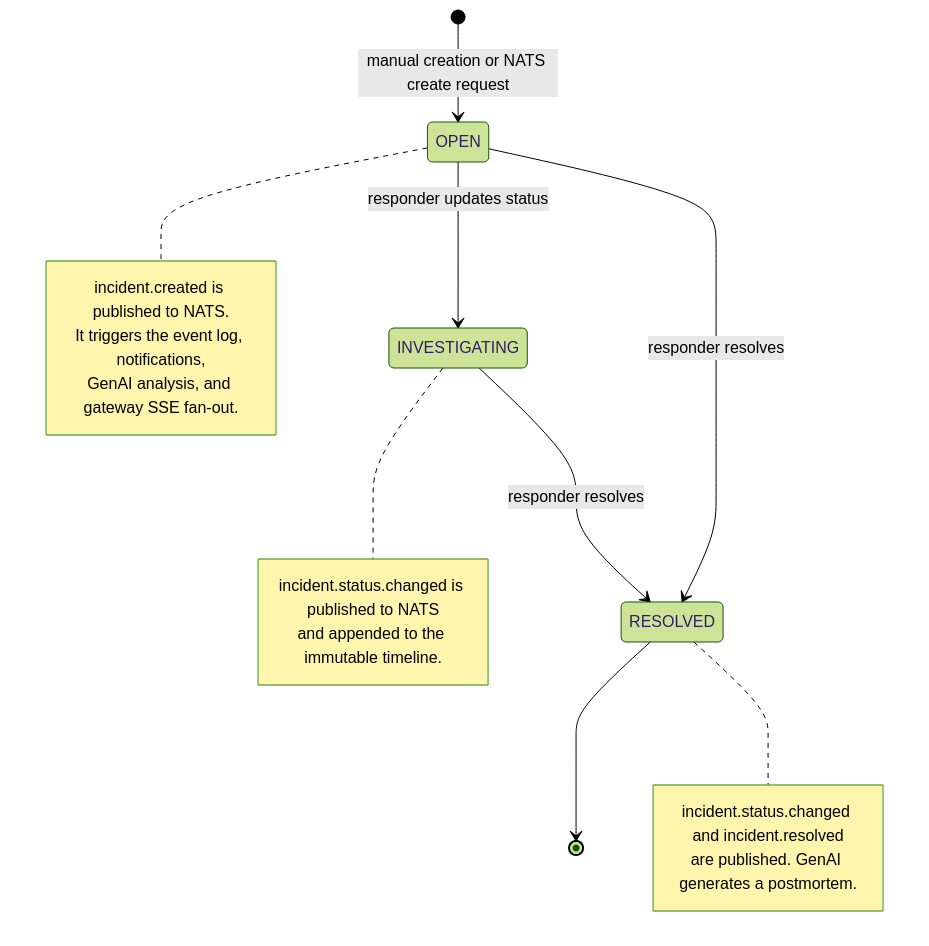
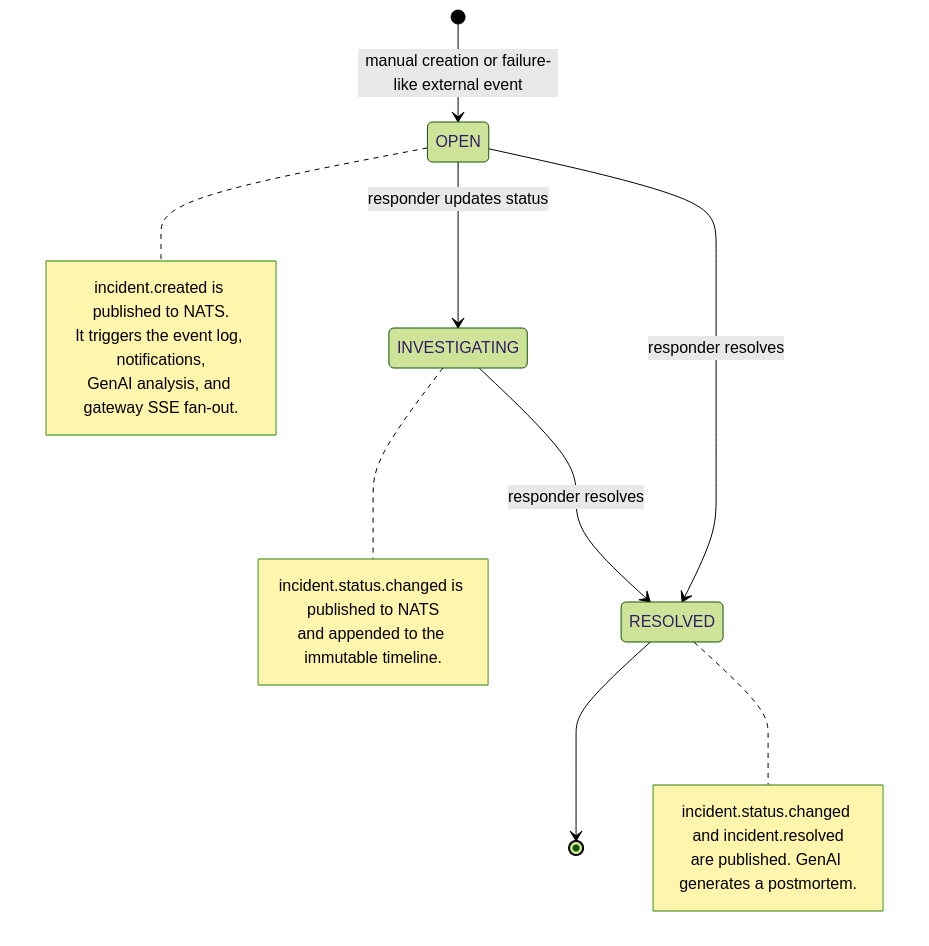
The diagram in docs/deliverables/2026-05-08-uml-diagrams/state_diagram.md (AET-DevOps26/team-panic-at-the-console), drawn with Mermaid (forest theme) before and after one commit. The commit also changed other lines of this file and 12 other files, not shown here.

````diff
--- a/docs/deliverables/2026-05-08-uml-diagrams/state_diagram.md
+++ b/docs/deliverables/2026-05-08-uml-diagrams/state_diagram.md
@@ -3,25 +3,25 @@
 ```mermaid
 stateDiagram-v2
-    [*] --> OPEN: manual creation or NATS create request
+    [*] --> OPEN: manual creation or failure-like external event
 
     OPEN --> INVESTIGATING: responder updates status
     OPEN --> RESOLVED: responder resolves
     INVESTIGATING --> RESOLVED: responder resolves
     RESOLVED --> [*]
 
     note right of OPEN
         incident.created is published to NATS.
         It triggers the event log, notifications,
         GenAI analysis, and gateway SSE fan-out.
     end note
 
     note right of INVESTIGATING
         incident.status.changed is published to NATS
         and appended to the immutable timeline.
     end note
 
     note right of RESOLVED
         incident.status.changed and incident.resolved
         are published. GenAI generates a postmortem.
     end note
 ```
````
